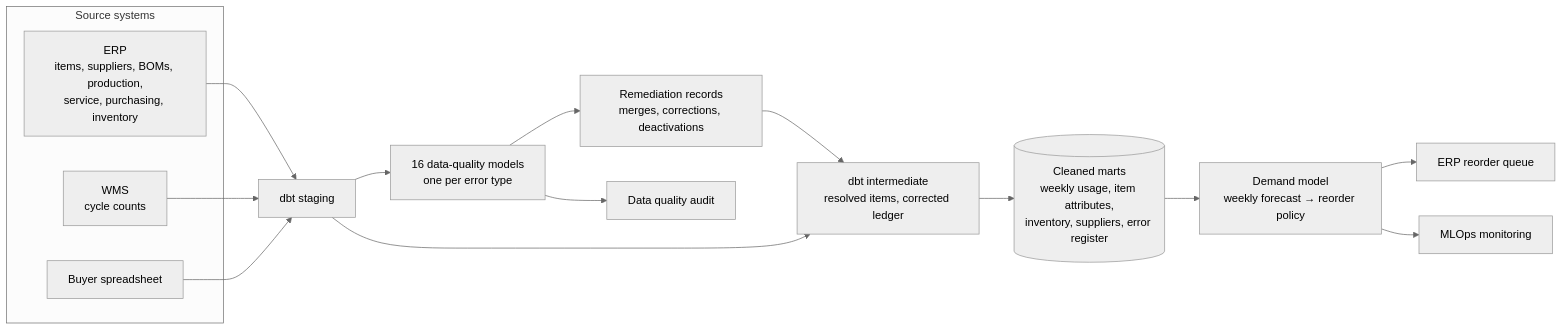
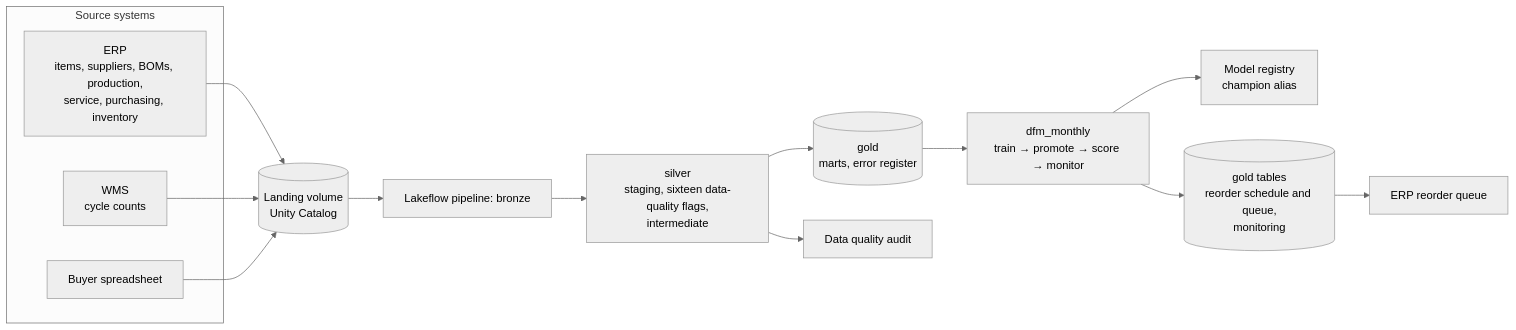
Before and after one commit to bmdvs/demand-forecasting-ml: the diagram in README.md, drawn with Mermaid (neutral theme). The commit also changed other lines of this file and 1 other file, not shown here.

Commit message:
README rebuilt for the platform; repo-root landing page removed

````diff
--- a/README.md
+++ b/README.md
@@ -93,20 +78,19 @@
 ```mermaid
 flowchart LR
   subgraph SRC["Source systems"]
     ERP["ERP<br/>items, suppliers, BOMs, production,<br/>service, purchasing, inventory"]
     WMS["WMS<br/>cycle counts"]
     SS["Buyer spreadsheet"]
   end
-  ERP --> STG
-  WMS --> STG
-  SS --> STG
-  STG["dbt staging"] --> DQ["16 data-quality models<br/>one per error type"]
-  DQ --> REM["Remediation records<br/>merges, corrections, deactivations"]
-  REM --> INT["dbt intermediate<br/>resolved items, corrected ledger"]
-  STG --> INT
-  INT --> MARTS[("Cleaned marts<br/>weekly usage, item attributes,<br/>inventory, suppliers, error register")]
-  MARTS --> ML["Demand model<br/>weekly forecast &rarr; reorder policy"]
-  DQ --> AUD["Data quality audit"]
-  ML --> QUEUE["ERP reorder queue"]
-  ML --> MON["MLOps monitoring"]
+  ERP --> LAND
+  WMS --> LAND
+  SS --> LAND
+  LAND[("Landing volume<br/>Unity Catalog")] --> BRZ["Lakeflow pipeline: bronze"]
+  BRZ --> SLV["silver<br/>staging, sixteen data-quality flags,<br/>intermediate"]
+  SLV --> GLD[("gold<br/>marts, error register")]
+  GLD --> JOB["dfm_monthly<br/>train &rarr; promote &rarr; score &rarr; monitor"]
+  JOB --> REG["Model registry<br/>champion alias"]
+  JOB --> OUT[("gold tables<br/>reorder schedule and queue,<br/>monitoring")]
+  OUT --> QUEUE["ERP reorder queue"]
+  SLV --> AUD["Data quality audit"]
 ```
````
